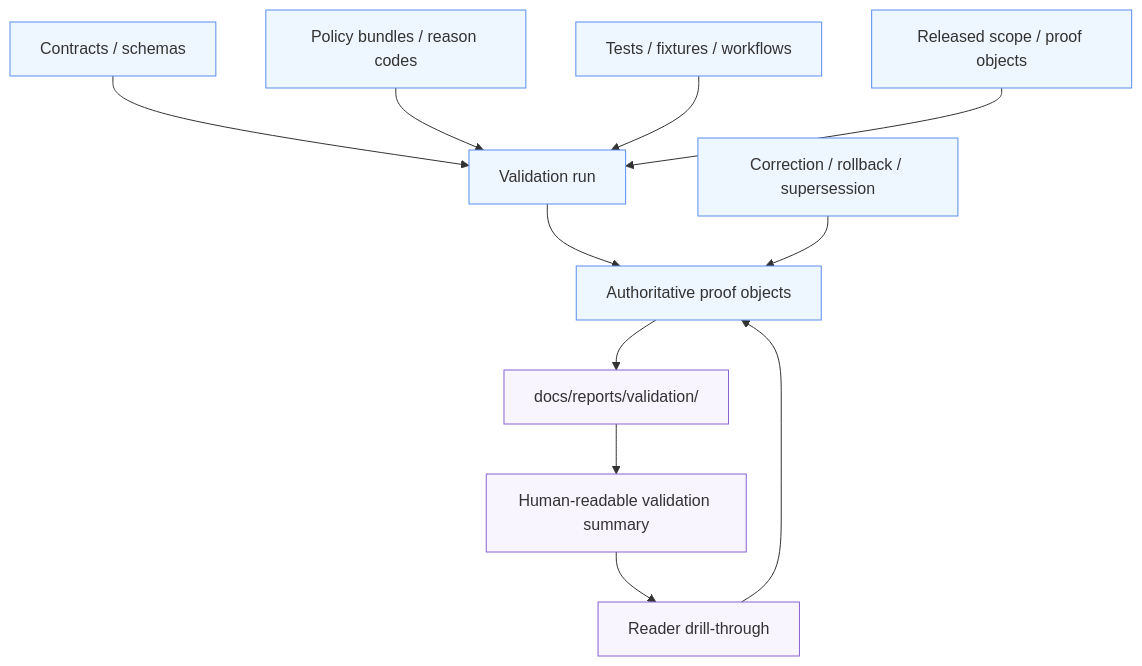
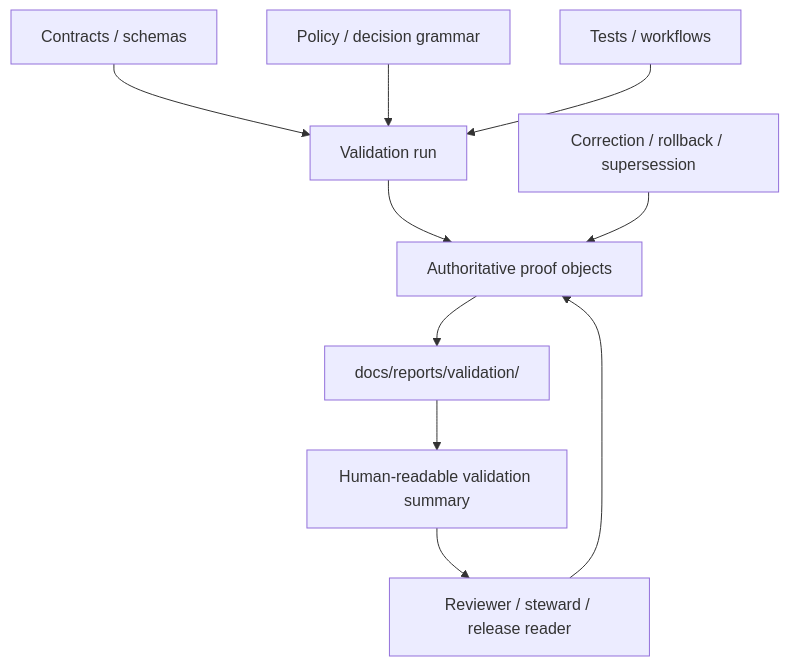
One commit to bartytime4life/Kansas-Frontier-Matrix changed the diagram in docs/reports/validation/README.md. Above: the diagram before and after it, drawn with Mermaid. The commit also changed other lines of this file, not shown here.

First line of the commit message:
Revise validation README for clarity and structure

````diff
--- a/docs/reports/validation/README.md
+++ b/docs/reports/validation/README.md
@@ -183,21 +255,14 @@
 ```mermaid
 flowchart TD
-    A[Contracts / schemas] --> V[Validation run]
-    B[Policy bundles / reason codes] --> V
-    C[Tests / fixtures / workflows] --> V
-    D[Released scope / proof objects] --> V
+    A[Contracts / schemas] --> D[Validation run]
+    B[Policy / decision grammar] --> D
+    C[Tests / workflows] --> D
 
-    V --> E[Authoritative proof objects]
+    D --> E[Authoritative proof objects]
     E --> F[docs/reports/validation/]
     F --> G[Human-readable validation summary]
-    G --> H[Reader drill-through]
+    G --> H[Reviewer / steward / release reader]
     H --> E
 
     I[Correction / rollback / supersession] --> E
-
-    classDef core fill:#eef6ff,stroke:#5b8def,stroke-width:1px;
-    classDef reports fill:#f8f5ff,stroke:#8a63d2,stroke-width:1px;
-
-    class A,B,C,D,V,E,I core;
-    class F,G,H reports;
 ```
````
